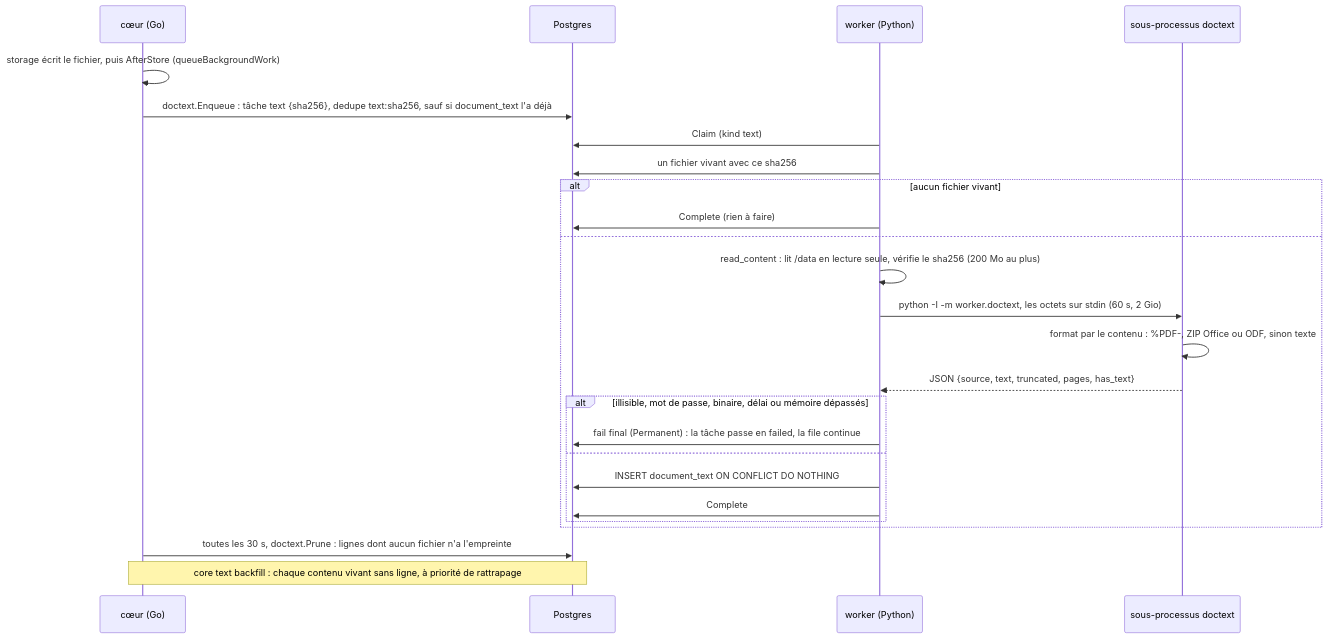
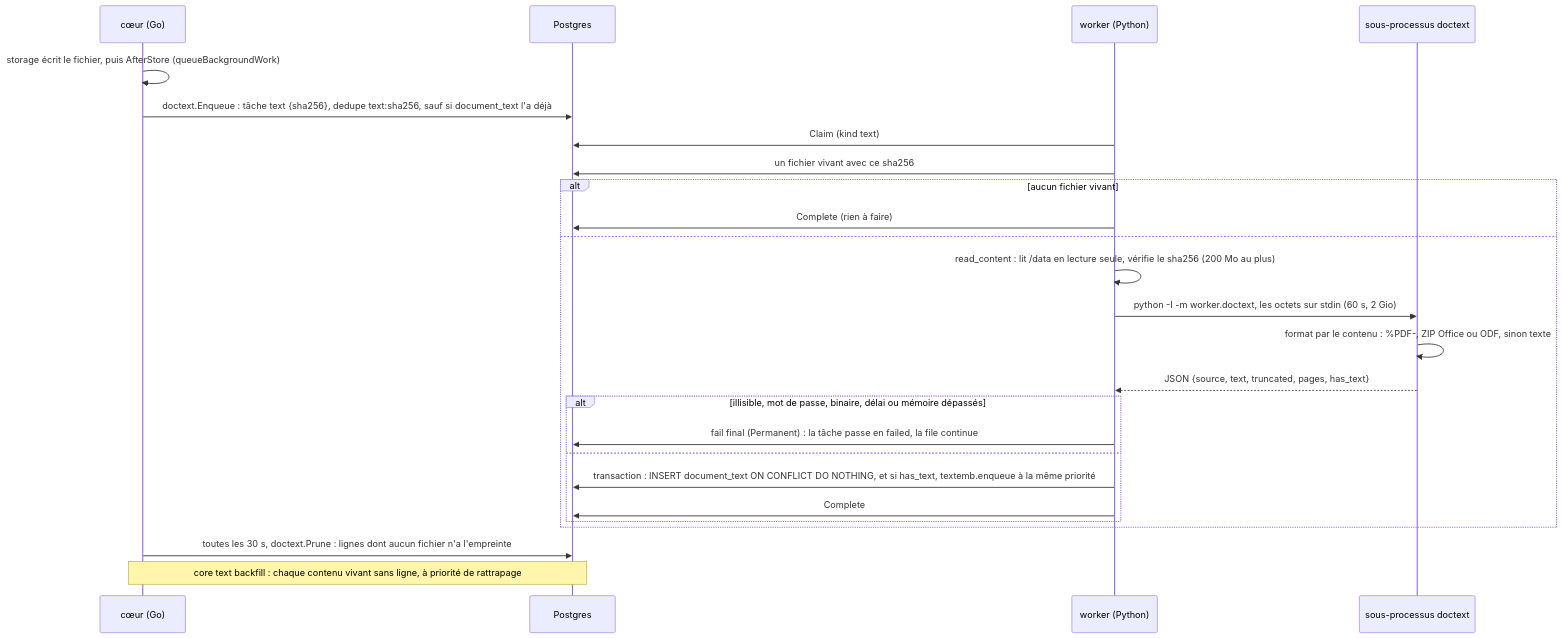
One commit to C2-POLY/cloud-os changed the first of 2 diagrams in docs/architecture/documents.md. Above: the diagram before and after it, drawn with Mermaid. The commit also changed other lines of this file and 30 other files, not shown here.

````diff
--- a/docs/architecture/documents.md
+++ b/docs/architecture/documents.md
@@ -8,27 +8,27 @@
 ```mermaid
 sequenceDiagram
     participant C as cœur (Go)
     participant DB as Postgres
     participant K as worker (Python)
     participant X as sous-processus doctext
     C->>C: storage écrit le fichier, puis AfterStore (queueBackgroundWork)
     C->>DB: doctext.Enqueue : tâche text {sha256}, dedupe text:sha256, sauf si document_text l'a déjà
     K->>DB: Claim (kind text)
     K->>DB: un fichier vivant avec ce sha256
     alt aucun fichier vivant
         K->>DB: Complete (rien à faire)
     else
         K->>K: read_content : lit /data en lecture seule, vérifie le sha256 (200 Mo au plus)
         K->>X: python -I -m worker.doctext, les octets sur stdin (60 s, 2 Gio)
         X->>X: format par le contenu : %PDF-, ZIP Office ou ODF, sinon texte
         X-->>K: JSON {source, text, truncated, pages, has_text}
         alt illisible, mot de passe, binaire, délai ou mémoire dépassés
             K->>DB: fail final (Permanent) : la tâche passe en failed, la file continue
         else
-            K->>DB: INSERT document_text ON CONFLICT DO NOTHING
+            K->>DB: transaction : INSERT document_text ON CONFLICT DO NOTHING, et si has_text, textemb.enqueue à la même priorité
             K->>DB: Complete
         end
     end
     C->>DB: toutes les 30 s, doctext.Prune : lignes dont aucun fichier n'a l'empreinte
     Note over C,DB: core text backfill : chaque contenu vivant sans ligne, à priorité de rattrapage
 ```
````
